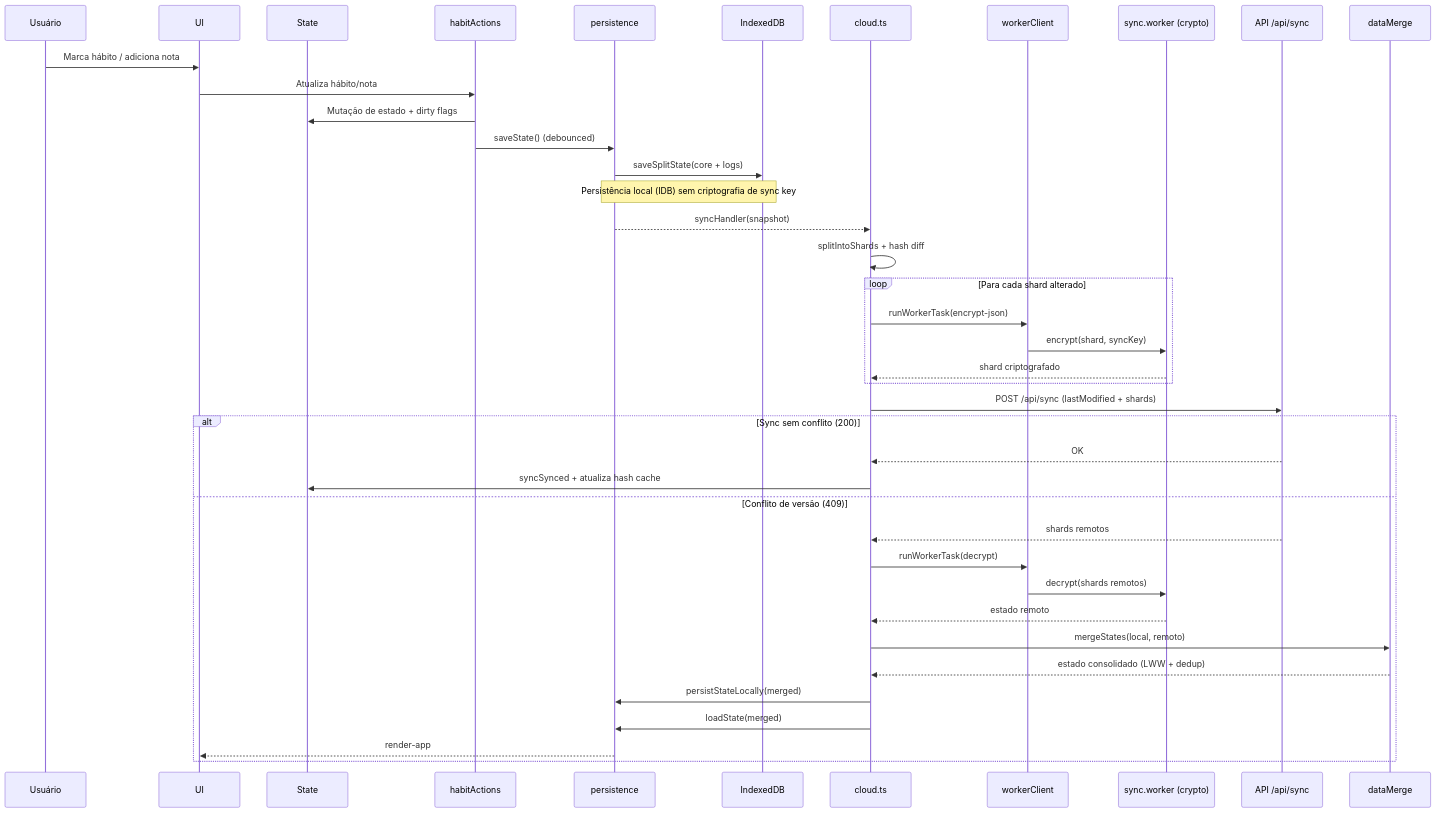
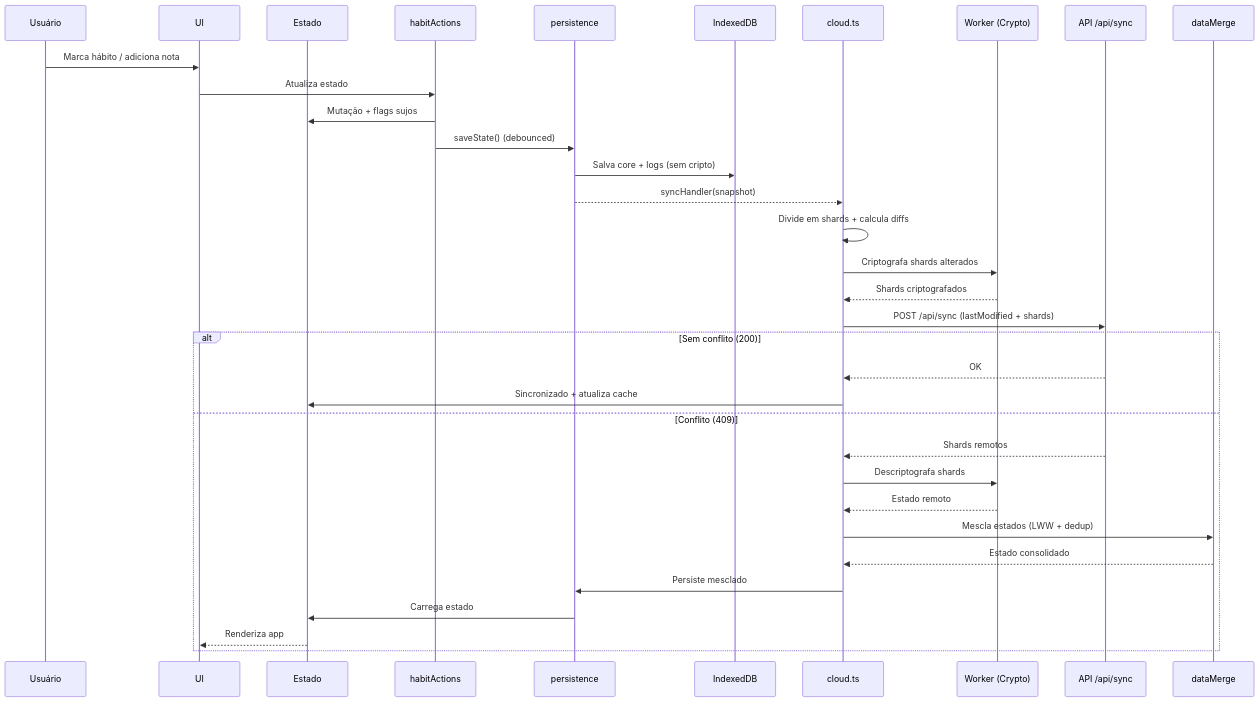
Before and after one commit to farifran/askesis: the third of 17 diagrams in README.md, drawn with Mermaid. The commit also changed other lines of this file, not shown here.

Commit message:
Atualiza a seção de componentes internos no README para descrever a arquitetura em camadas, melhorando a clareza e a compreensão do fluxo de dados e interações entre as camadas.

````diff
--- a/README.md
+++ b/README.md
@@ -270,45 +215,39 @@
 ```mermaid
 sequenceDiagram
   participant User as Usuário
   participant UI as UI
-  participant State as State
+  participant State as Estado
   participant Actions as habitActions
   participant Persist as persistence
   participant DB as IndexedDB
   participant Cloud as cloud.ts
-  participant WRPC as workerClient
-  participant Crypto as sync.worker (crypto)
+  participant Worker as Worker (Crypto)
   participant API as API /api/sync
   participant Merge as dataMerge
 
   User->>UI: Marca hábito / adiciona nota
-  UI->>Actions: Atualiza hábito/nota
-  Actions->>State: Mutação de estado + dirty flags
+  UI->>Actions: Atualiza estado
+  Actions->>State: Mutação + flags sujos
   Actions->>Persist: saveState() (debounced)
-  Persist->>DB: saveSplitState(core + logs)
-  Note over Persist,DB: Persistência local (IDB) sem criptografia de sync key
+  Persist->>DB: Salva core + logs (sem cripto)
   Persist-->>Cloud: syncHandler(snapshot)
-  Cloud->>Cloud: splitIntoShards + hash diff
+  Cloud->>Cloud: Divide em shards + calcula diffs
 
-  loop Para cada shard alterado
-    Cloud->>WRPC: runWorkerTask(encrypt-json)
-    WRPC->>Crypto: encrypt(shard, syncKey)
-    Crypto-->>Cloud: shard criptografado
-  end
+  Cloud->>Worker: Criptografa shards alterados
+  Worker-->>Cloud: Shards criptografados
 
   Cloud->>API: POST /api/sync (lastModified + shards)
-  alt Sync sem conflito (200)
+  alt Sem conflito (200)
     API-->>Cloud: OK
-    Cloud->>State: syncSynced + atualiza hash cache
-  else Conflito de versão (409)
-    API-->>Cloud: shards remotos
-    Cloud->>WRPC: runWorkerTask(decrypt)
-    WRPC->>Crypto: decrypt(shards remotos)
-    Crypto-->>Cloud: estado remoto
-    Cloud->>Merge: mergeStates(local, remoto)
-    Merge-->>Cloud: estado consolidado (LWW + dedup)
-    Cloud->>Persist: persistStateLocally(merged)
-    Cloud->>Persist: loadState(merged)
-    Persist-->>UI: render-app
+    Cloud->>State: Sincronizado + atualiza cache
+  else Conflito (409)
+    API-->>Cloud: Shards remotos
+    Cloud->>Worker: Descriptografa shards
+    Worker-->>Cloud: Estado remoto
+    Cloud->>Merge: Mescla estados (LWW + dedup)
+    Merge-->>Cloud: Estado consolidado
+    Cloud->>Persist: Persiste mesclado
+    Persist->>State: Carrega estado
+    State-->>UI: Renderiza app
   end
 ```
````
